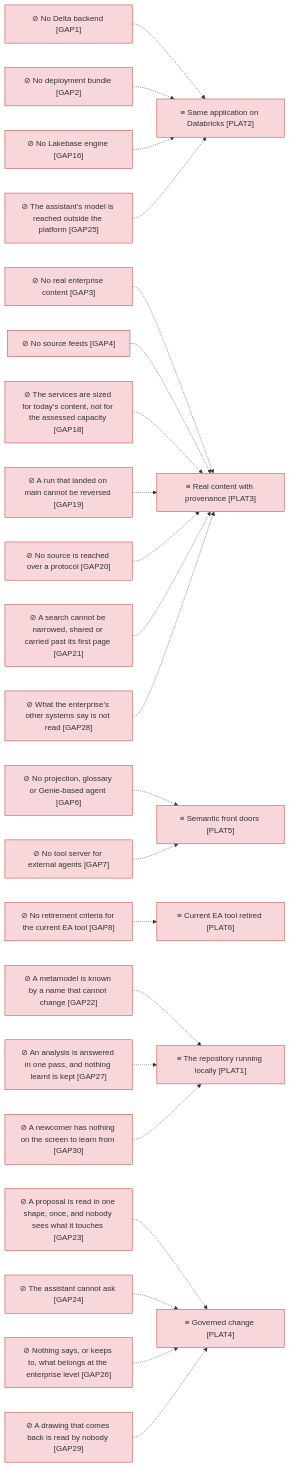
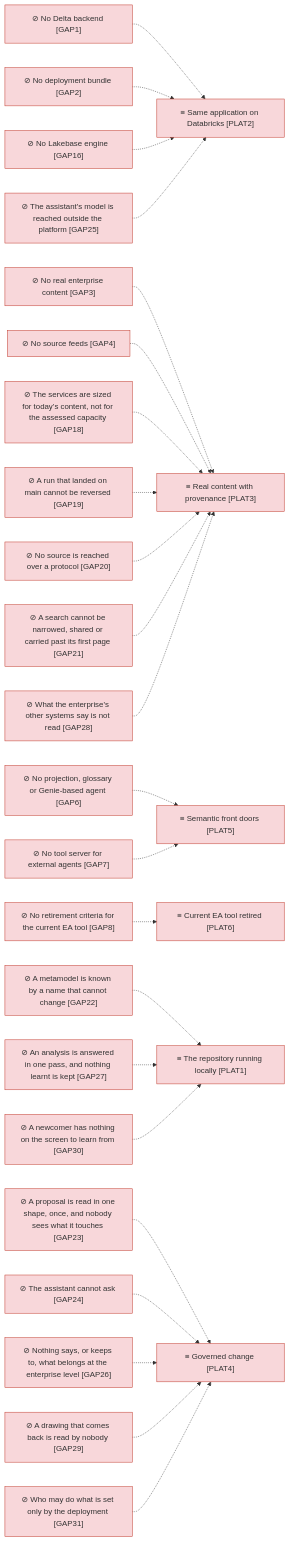
The third of 4 diagrams in architecture/6_transition/1_target-state.md (roanboc/dbx-enterprise-architecture), drawn with Mermaid before and after one commit. The commit also changed other lines of this file and 11 other files, not shown here.

First line of the commit message:
docs(architecture): initiative 28 drafted for Understanding — users and roles

````diff
--- a/architecture/6_transition/1_target-state.md
+++ b/architecture/6_transition/1_target-state.md
@@ -68,53 +69,55 @@
 ```mermaid
 flowchart LR
   p1["≡ The repository running locally [PLAT1]"]:::implementation
   p2["≡ Same application on Databricks [PLAT2]"]:::implementation
   p3["≡ Real content with provenance [PLAT3]"]:::implementation
   p5["≡ Semantic front doors [PLAT5]"]:::implementation
   p6["≡ Current EA tool retired [PLAT6]"]:::implementation
   g1["⊘ No Delta backend [GAP1]"]:::implementation
   g2["⊘ No deployment bundle [GAP2]"]:::implementation
   g16["⊘ No Lakebase engine [GAP16]"]:::implementation
   g3["⊘ No real enterprise content [GAP3]"]:::implementation
   g4["⊘ No source feeds [GAP4]"]:::implementation
   g6["⊘ No projection, glossary or Genie-based agent [GAP6]"]:::implementation
   g7["⊘ No tool server for external agents [GAP7]"]:::implementation
   g8["⊘ No retirement criteria for the current EA tool [GAP8]"]:::implementation
   g18["⊘ The services are sized for today’s content, not for the assessed capacity [GAP18]"]:::implementation
   g19["⊘ A run that landed on main cannot be reversed [GAP19]"]:::implementation
   g20["⊘ No source is reached over a protocol [GAP20]"]:::implementation
   g21["⊘ A search cannot be narrowed, shared or carried past its first page [GAP21]"]:::implementation
   g22["⊘ A metamodel is known by a name that cannot change [GAP22]"]:::implementation
   g23["⊘ A proposal is read in one shape, once, and nobody sees what it touches [GAP23]"]:::implementation
   g24["⊘ The assistant cannot ask [GAP24]"]:::implementation
   g25["⊘ The assistant's model is reached outside the platform [GAP25]"]:::implementation
   g26["⊘ Nothing says, or keeps to, what belongs at the enterprise level [GAP26]"]:::implementation
   g27["⊘ An analysis is answered in one pass, and nothing learnt is kept [GAP27]"]:::implementation
   g28["⊘ What the enterprise's other systems say is not read [GAP28]"]:::implementation
   g29["⊘ A drawing that comes back is read by nobody [GAP29]"]:::implementation
   g30["⊘ A newcomer has nothing on the screen to learn from [GAP30]"]:::implementation
+  g31["⊘ Who may do what is set only by the deployment [GAP31]"]:::implementation
   p4["≡ Governed change [PLAT4]"]:::implementation
   g1 -.-> p2
   g2 -.-> p2
   g16 -.-> p2
   g3 -.-> p3
   g4 -.-> p3
   g6 -.-> p5
   g7 -.-> p5
   g8 -.-> p6
   g18 -.-> p3
   g19 -.-> p3
   g20 -.-> p3
   g21 -.-> p3
   g22 -.-> p1
   g23 -.-> p4
   g24 -.-> p4
   g25 -.-> p2
   g26 -.-> p4
   g27 -.-> p1
   g28 -.-> p3
   g29 -.-> p4
   g30 -.-> p1
+  g31 -.-> p4
 
   classDef implementation fill:#f8d7da,stroke:#c0392b,color:#333
 ```
````
